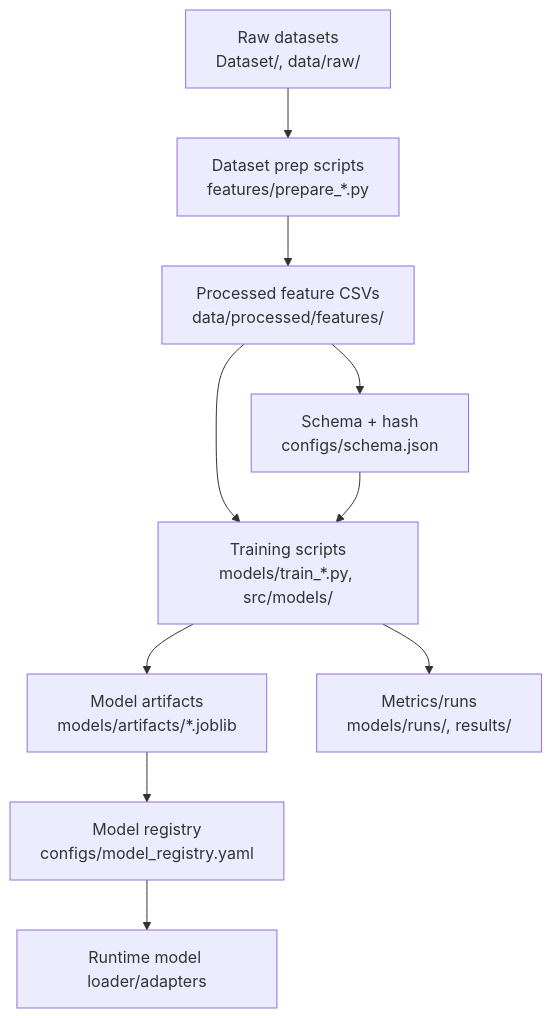
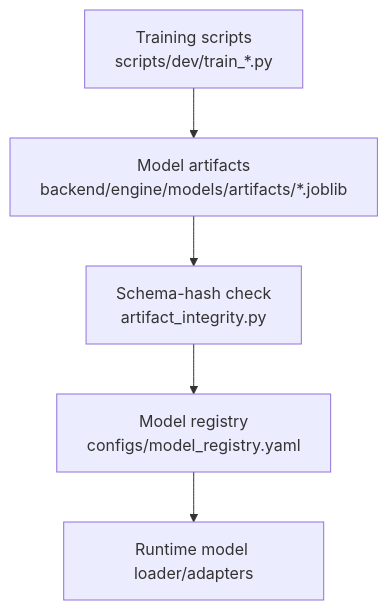
Before and after one commit to Wahid7852/rakshak: the sixth of 8 diagrams in docs/ARCHITECTURE.md, drawn with Mermaid. The commit also changed other lines of this file and 73 other files, not shown here.

````diff
--- a/docs/ARCHITECTURE.md
+++ b/docs/ARCHITECTURE.md
@@ -158,12 +162,7 @@
 ```mermaid
 flowchart TB
-    Raw["Raw datasets<br/>Dataset/, data/raw/"] --> Prep["Dataset prep scripts<br/>features/prepare_*.py"]
-    Prep --> FeatureCSV["Processed feature CSVs<br/>data/processed/features/"]
-    FeatureCSV --> Schema["Schema + hash<br/>configs/schema.json"]
-    FeatureCSV --> Train["Training scripts<br/>models/train_*.py, src/models/"]
-    Schema --> Train
-    Train --> Artifacts["Model artifacts<br/>models/artifacts/*.joblib"]
-    Train --> Runs["Metrics/runs<br/>models/runs/, results/"]
-    Artifacts --> Registry["Model registry<br/>configs/model_registry.yaml"]
+    Scripts["Training scripts<br/>scripts/dev/train_*.py"] --> Artifacts["Model artifacts<br/>backend/engine/models/artifacts/*.joblib"]
+    Artifacts --> Integrity["Schema-hash check<br/>artifact_integrity.py"]
+    Integrity --> Registry["Model registry<br/>configs/model_registry.yaml"]
     Registry --> Runtime["Runtime model loader/adapters"]
 ```
````
